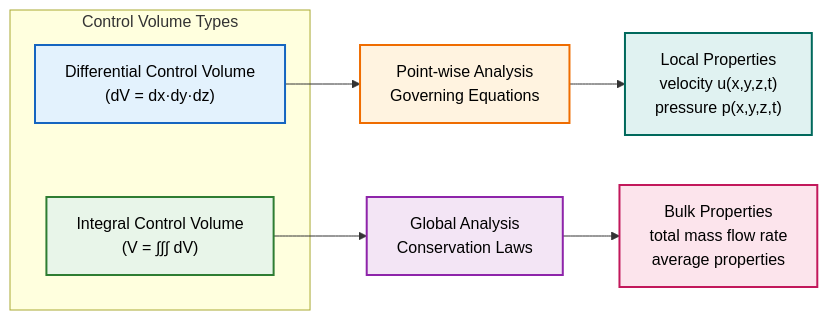
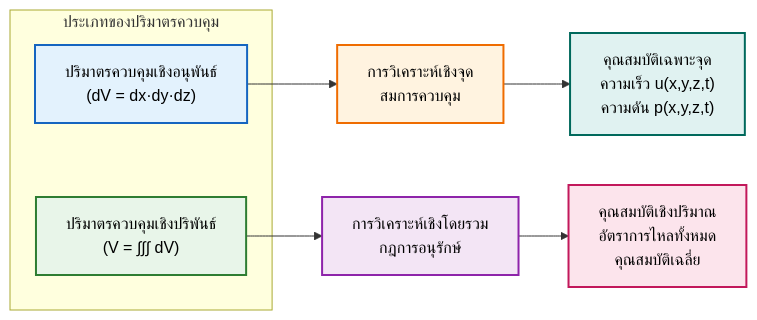
One commit to wramet/build-my-cfd changed the fourth of 12 diagrams in MODULE_01_CFD_FUNDAMENTALS/lessons/01_fluid_mechanics_fundamentals.md. Above: the diagram before and after it, drawn with Mermaid. The commit also changed other lines of this file and 297 other files, not shown here.

Commit message:
Add explanation under mermaid diagram

````diff
--- a/MODULE_01_CFD_FUNDAMENTALS/lessons/01_fluid_mechanics_fundamentals.md
+++ b/MODULE_01_CFD_FUNDAMENTALS/lessons/01_fluid_mechanics_fundamentals.md
@@ -263,26 +286,20 @@
 ```mermaid
 graph LR
-    subgraph "Control Volume Types"
-        A["Differential Control Volume<br/>(dV = dx·dy·dz)"]
-        B["Integral Control Volume<br/>(V = ∫∫∫ dV)"]
+    subgraph "ประเภทของปริมาตรควบคุม"
+        A["ปริมาตรควบคุมเชิงอนุพันธ์<br/>(dV = dx·dy·dz)"]
+        B["ปริมาตรควบคุมเชิงปริพันธ์<br/>(V = ∫∫∫ dV)"]
     end
-    
-    A --> C["Point-wise Analysis<br/>Governing Equations"]
-    B --> D["Global Analysis<br/>Conservation Laws"]
-    
-    C --> E["Local Properties<br/>velocity u(x,y,z,t)<br/>pressure p(x,y,z,t)"]
-    D --> F["Bulk Properties<br/>total mass flow rate<br/>average properties"]
-    
+
+    A --> C["การวิเคราะห์เชิงจุด<br/>สมการควบคุม"]
+    B --> D["การวิเคราะห์เชิงโดยรวม<br/>กฎการอนุรักษ์"]
+
+    C --> E["คุณสมบัติเฉพาะจุด<br/>ความเร็ว u(x,y,z,t)<br/>ความดัน p(x,y,z,t)"]
+    D --> F["คุณสมบัติเชิงปริมาณ<br/>อัตราการไหลทั้งหมด<br/>คุณสมบัติเฉลี่ย"]
+
     style A fill:#e3f2fd,stroke:#1565c0,stroke-width:2px,color:#000;
     style B fill:#e8f5e9,stroke:#2e7d32,stroke-width:2px,color:#000;
     style C fill:#fff3e0,stroke:#ef6c00,stroke-width:2px,color:#000;
     style D fill:#f3e5f5,stroke:#8e24aa,stroke-width:2px,color:#000;
     style E fill:#e0f2f1,stroke:#00695c,stroke-width:2px,color:#000;
     style F fill:#fce4ec,stroke:#c2185b,stroke-width:2px,color:#000;
-
-%% Styling Definitions
-classDef process fill:#e3f2fd,stroke:#1565c0,stroke-width:2px,color:#000;
-classDef decision fill:#fff9c4,stroke:#fbc02d,stroke-width:2px,color:#000;
-classDef terminator fill:#ffebee,stroke:#c62828,stroke-width:2px,color:#000;
-classDef storage fill:#e8f5e9,stroke:#2e7d32,stroke-width:2px,color:#000;
 ```
````
